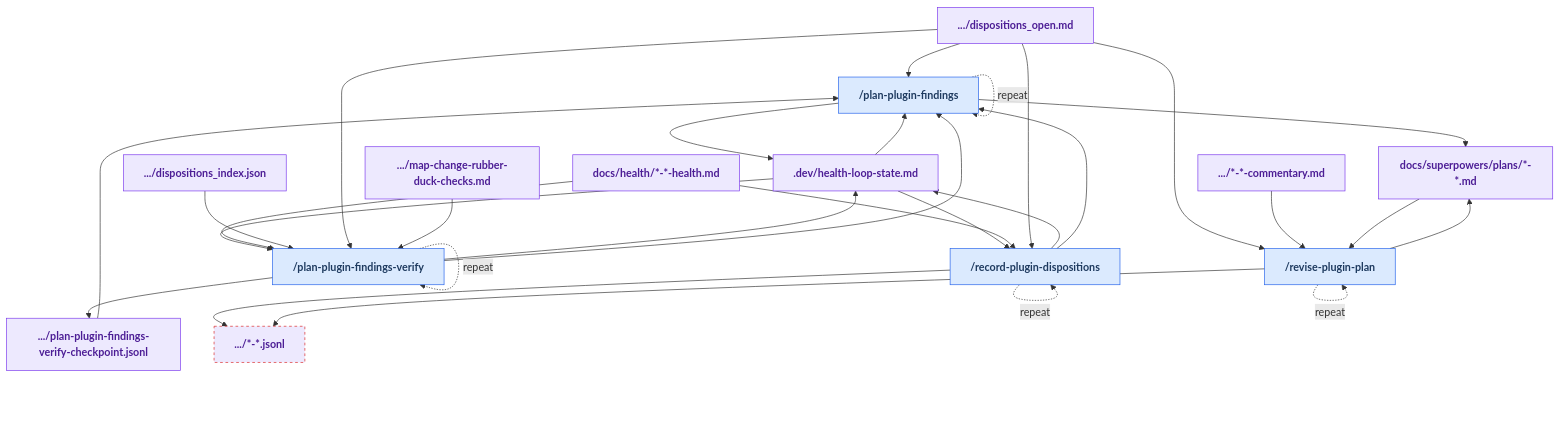
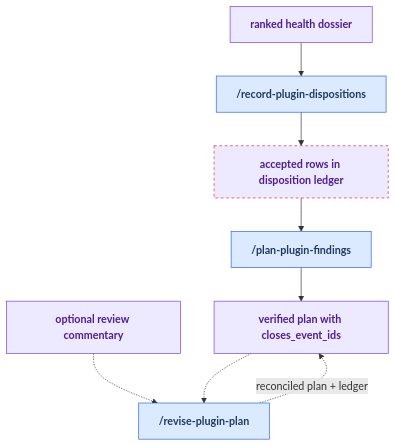
Before and after one commit to russell-laing/al-dev-shared: the diagram in docs/maintainer_tooling/decide.md, drawn with Mermaid. The commit also changed 2 other files, not shown here.

Commit message:
🐛 fix(maintainer): restore focused decide diagram + rename stale node ids
The decide-stage focused renderer degraded to the generic contract-plumbing
diagram because its selection gate required the stage to contain EXACTLY
{record-plugin-dispositions, plan-plugin-findings, revise-plugin-plan}, but
plan-plugin-findings-verify was later added to the decide stage.

- relax the gate to a superset check so the curated ledger-to-plan view still
  renders when the stage grows sub-phase skills (verify is intentionally
  omitted from the focused diagram, per its docstring)
- rename the renderer's stale node ids health->plugin
  (skill_record_health_dispositions -> skill_record_plugin_dispositions, etc.)
  to match the current skill names
- update the paired test assertions; regenerate decide.md (now the focused
  outcome view, not generic plumbing)

Clears one of the two pre-existing generator-test failures. The remaining
derive-renderer degradation (line 1083) is a separate issue, untouched.

````diff
--- a/docs/maintainer_tooling/decide.md
+++ b/docs/maintainer_tooling/decide.md
@@ -49,65 +49,30 @@
 ```mermaid
 flowchart TD
     classDef userSkill fill:#dbeafe,stroke:#2563eb,color:#1e3a5f,font-weight:bold
-    classDef internalSkill fill:#f3f4f6,stroke:#6b7280,color:#374151,stroke-dasharray:5 5,font-weight:bold
     classDef artifact fill:#ede9fe,stroke:#7c3aed,color:#4c1d95,font-weight:bold
     classDef orphanArtifact fill:#ede9fe,stroke:#dc2626,color:#4c1d95,stroke-dasharray:4 4,font-weight:bold
-    classDef manualStep fill:#fef3c7,stroke:#d97706,color:#78350f,font-weight:bold
 
+    art_dossier["ranked health dossier"]
+    skill_record_plugin_dispositions["/record-plugin-dispositions"]
+    art_ledger["accepted rows in disposition ledger"]
     skill_plan_plugin_findings["/plan-plugin-findings"]
-    skill_plan_plugin_findings_verify["/plan-plugin-findings-verify"]
-    skill_record_plugin_dispositions["/record-plugin-dispositions"]
+    art_plan["verified plan with closes_event_ids"]
+    art_commentary["optional review commentary"]
     skill_revise_plugin_plan["/revise-plugin-plan"]
-    art__dev_health_loop_state_md[".dev/health-loop-state.md"]
-    art__dev_plan_plugin_findings_verify_checkpoint_jsonl[".../plan-plugin-findings-verify-checkpoint.jsonl"]
-    art_docs_health_____health_md["docs/health/*-*-health.md"]
-    art_docs_health_dispositions_events_______jsonl[".../*-*.jsonl"]
-    art_docs_health_dispositions_index_json[".../dispositions_index.json"]
-    art_docs_health_dispositions_open_md[".../dispositions_open.md"]
-    art_docs_superpowers_plans_____commentary_md[".../*-*-commentary.md"]
-    art_docs_superpowers_plans_____md["docs/superpowers/plans/*-*.md"]
-    art_profile_al_dev_shared_knowledge_map_change_rubber_duck_checks_md[".../map-change-rubber-duck-checks.md"]
 
-    art__dev_health_loop_state_md --> skill_plan_plugin_findings
-    art__dev_plan_plugin_findings_verify_checkpoint_jsonl --> skill_plan_plugin_findings
-    art_docs_health_dispositions_open_md --> skill_plan_plugin_findings
-    skill_plan_plugin_findings --> art__dev_health_loop_state_md
-    skill_plan_plugin_findings --> art_docs_superpowers_plans_____md
-    skill_plan_plugin_findings -. "repeat" .-> skill_plan_plugin_findings
-    art__dev_health_loop_state_md --> skill_plan_plugin_findings_verify
-    art_docs_health_____health_md --> skill_plan_plugin_findings_verify
-    art_docs_health_dispositions_index_json --> skill_plan_plugin_findings_verify
-    art_docs_health_dispositions_open_md --> skill_plan_plugin_findings_verify
-    art_profile_al_dev_shared_knowledge_map_change_rubber_duck_checks_md --> skill_plan_plugin_findings_verify
-    skill_plan_plugin_findings_verify --> art__dev_health_loop_state_md
-    skill_plan_plugin_findings_verify --> art__dev_plan_plugin_findings_verify_checkpoint_jsonl
-    skill_plan_plugin_findings_verify --> skill_plan_plugin_findings
-    skill_plan_plugin_findings_verify -. "repeat" .-> skill_plan_plugin_findings_verify
-    art__dev_health_loop_state_md --> skill_record_plugin_dispositions
-    art_docs_health_____health_md --> skill_record_plugin_dispositions
-    art_docs_health_dispositions_open_md --> skill_record_plugin_dispositions
-    skill_record_plugin_dispositions --> art__dev_health_loop_state_md
-    skill_record_plugin_dispositions --> art_docs_health_dispositions_events_______jsonl
-    skill_record_plugin_dispositions --> skill_plan_plugin_findings
-    skill_record_plugin_dispositions -. "repeat" .-> skill_record_plugin_dispositions
-    art_docs_health_dispositions_open_md --> skill_revise_plugin_plan
-    art_docs_superpowers_plans_____commentary_md --> skill_revise_plugin_plan
-    art_docs_superpowers_plans_____md --> skill_revise_plugin_plan
-    skill_revise_plugin_plan --> art_docs_health_dispositions_events_______jsonl
-    skill_revise_plugin_plan --> art_docs_superpowers_plans_____md
-    skill_revise_plugin_plan -. "repeat" .-> skill_revise_plugin_plan
+    art_dossier --> skill_record_plugin_dispositions
+    skill_record_plugin_dispositions --> art_ledger
+    art_ledger --> skill_plan_plugin_findings
+    skill_plan_plugin_findings --> art_plan
+    art_commentary -.-> skill_revise_plugin_plan
+    art_plan -.-> skill_revise_plugin_plan
+    skill_revise_plugin_plan -. "reconciled plan + ledger" .-> art_plan
 
+    class skill_record_plugin_dispositions userSkill
     class skill_plan_plugin_findings userSkill
-    class skill_plan_plugin_findings_verify userSkill
-    class skill_record_plugin_dispositions userSkill
     class skill_revise_plugin_plan userSkill
-    class art__dev_health_loop_state_md artifact
-    class art__dev_plan_plugin_findings_verify_checkpoint_jsonl artifact
-    class art_docs_health_____health_md artifact
-    class art_docs_health_dispositions_events_______jsonl orphanArtifact
-    class art_docs_health_dispositions_index_json artifact
-    class art_docs_health_dispositions_open_md artifact
-    class art_docs_superpowers_plans_____commentary_md artifact
-    class art_docs_superpowers_plans_____md artifact
-    class art_profile_al_dev_shared_knowledge_map_change_rubber_duck_checks_md artifact
+    class art_dossier artifact
+    class art_ledger orphanArtifact
+    class art_plan artifact
+    class art_commentary artifact
 ```
````
